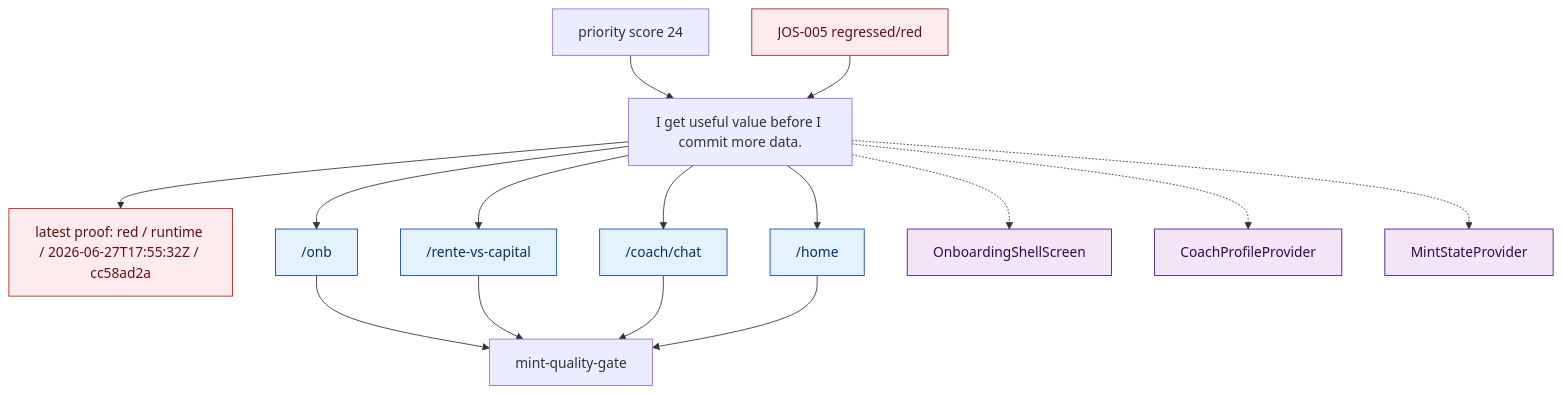
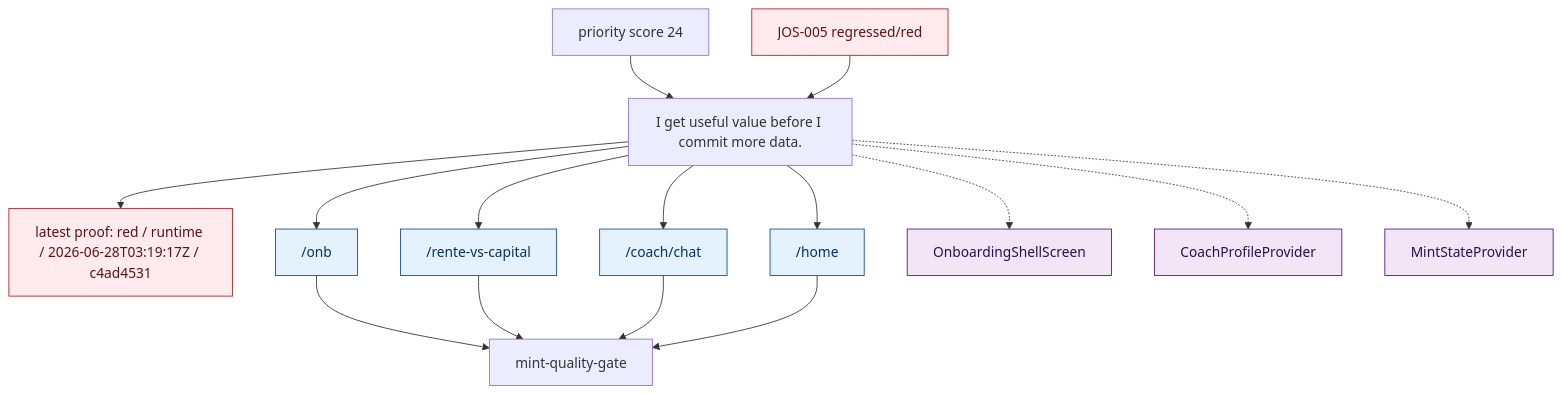
Before and after one commit to MINT-IA/MINT: the diagram in .planning/journeys/diagrams/onboarding_first_value.mmd, drawn with Mermaid. The commit also changed 42 other files, not shown here.

```diff
--- a/.planning/journeys/diagrams/onboarding_first_value.mmd
+++ b/.planning/journeys/diagrams/onboarding_first_value.mmd
@@ -1,45 +1,45 @@
 %% Generated from .planning/journeys/records/onboarding_first_value.json
 flowchart TD
   promise["I get useful value before I commit more data."]
   team["mint-quality-gate"]
-  latest["latest proof: red / runtime / 2026-06-27T17:55:32Z / cc58ad2a"]
+  latest["latest proof: red / runtime / 2026-06-28T03:19:17Z / c4ad4531"]
   promise --> latest
   classDef green fill:#e8f5e9,stroke:#1b5e20,color:#0b3d1a;
   classDef red fill:#ffebee,stroke:#b71c1c,color:#5f1111;
   classDef amber fill:#fff8e1,stroke:#ff8f00,color:#5f3b00;
   classDef blocked fill:#eceff1,stroke:#455a64,color:#263238;
   classDef neutral fill:#f5f5f5,stroke:#616161,color:#212121;
   classDef route fill:#e3f2fd,stroke:#0d47a1,color:#082f66;
   classDef surface fill:#f3e5f5,stroke:#4a148c,color:#2b0d52;
   classDef api fill:#e0f2f1,stroke:#00695c,color:#003d35;
   class latest red
   priority["priority score 24"]
   priority --> promise
   route_onb["/onb"]
   promise --> route_onb
   route_onb --> team
   class route_onb route
   route_rente_vs_capital["/rente-vs-capital"]
   promise --> route_rente_vs_capital
   route_rente_vs_capital --> team
   class route_rente_vs_capital route
   route_coach_chat["/coach/chat"]
   promise --> route_coach_chat
   route_coach_chat --> team
   class route_coach_chat route
   route_home["/home"]
   promise --> route_home
   route_home --> team
   class route_home route
   surface_OnboardingShellScreen["OnboardingShellScreen"]
   promise -.-> surface_OnboardingShellScreen
   class surface_OnboardingShellScreen surface
   surface_CoachProfileProvider["CoachProfileProvider"]
   promise -.-> surface_CoachProfileProvider
   class surface_CoachProfileProvider surface
   surface_MintStateProvider["MintStateProvider"]
   promise -.-> surface_MintStateProvider
   class surface_MintStateProvider surface
   issue_JOS_005["JOS-005 regressed/red"]
   issue_JOS_005 --> promise
   class issue_JOS_005 red
```
